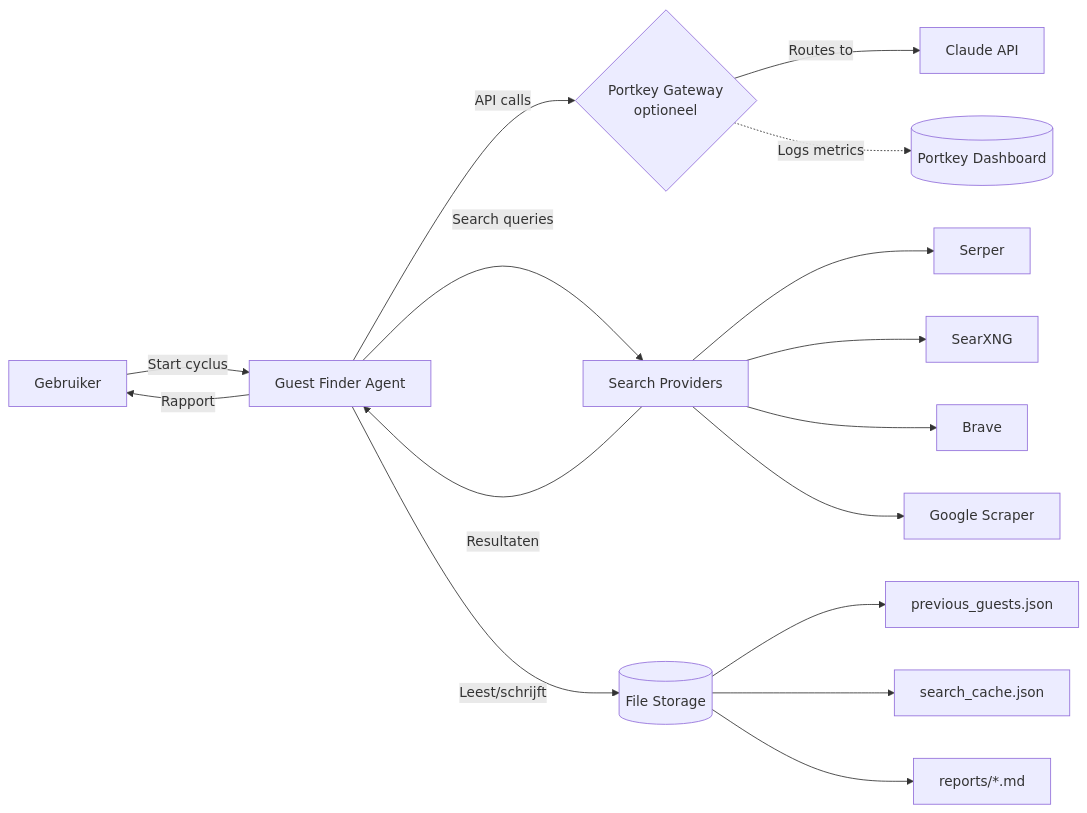
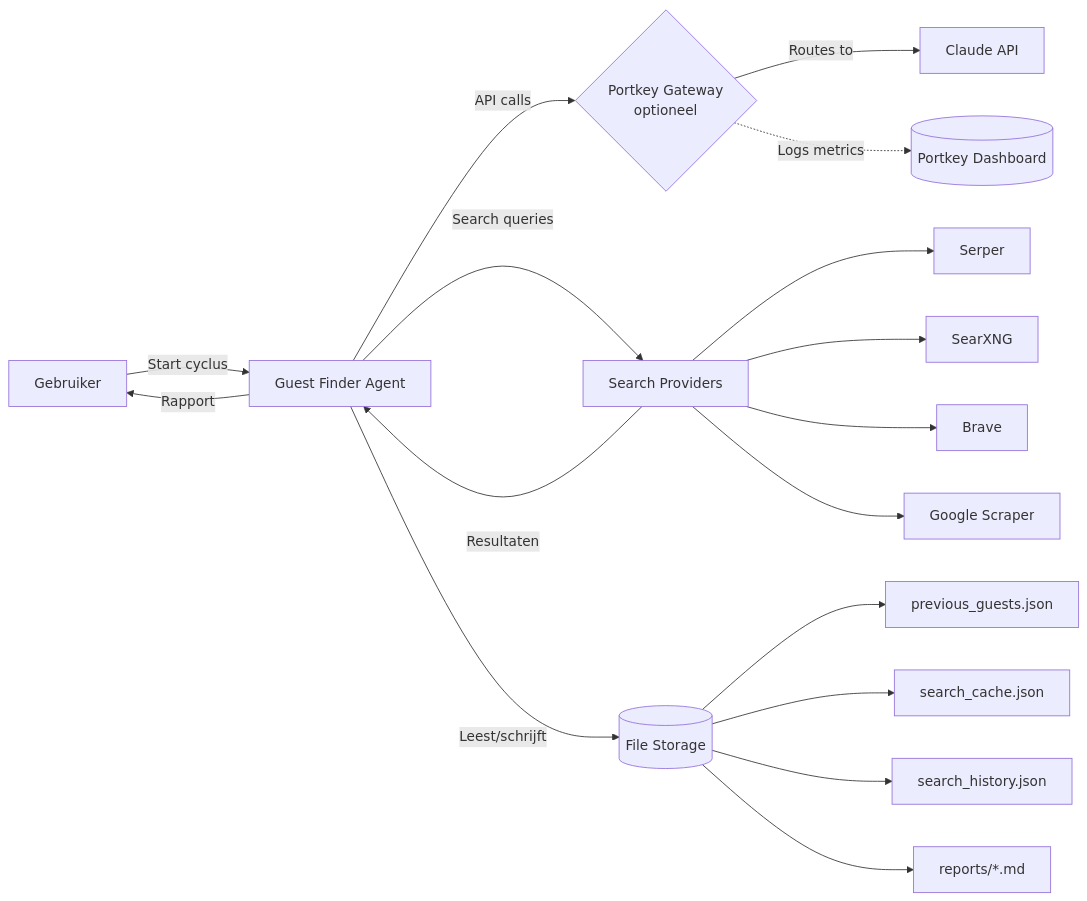
Before and after one commit to Joopsnijder/guest_search: the first of 7 diagrams in docs/architecture.md, drawn with Mermaid. The commit also changed other lines of this file, not shown here.

First line of the commit message:
docs: Update architecture.md with learning system

````diff
--- a/docs/architecture.md
+++ b/docs/architecture.md
@@ -33,20 +33,21 @@
 ```mermaid
 graph LR
     U[Gebruiker] -->|Start cyclus| GF[Guest Finder Agent]
     GF -->|API calls| PK{Portkey Gateway<br/>optioneel}
     PK -->|Routes to| CA[Claude API]
     PK -.->|Logs metrics| PD[(Portkey Dashboard)]
     GF -->|Search queries| SP[Search Providers]
     SP -->|Resultaten| GF
     GF -->|Leest/schrijft| FS[(File Storage)]
     GF -->|Rapport| U
 
     SP --> S1[Serper]
     SP --> S2[SearXNG]
     SP --> S3[Brave]
     SP --> S4[Google Scraper]
 
     FS --> F1[previous_guests.json]
     FS --> F2[search_cache.json]
-    FS --> F3[reports/*.md]
+    FS --> F3[search_history.json]
+    FS --> F4[reports/*.md]
 ```
````
